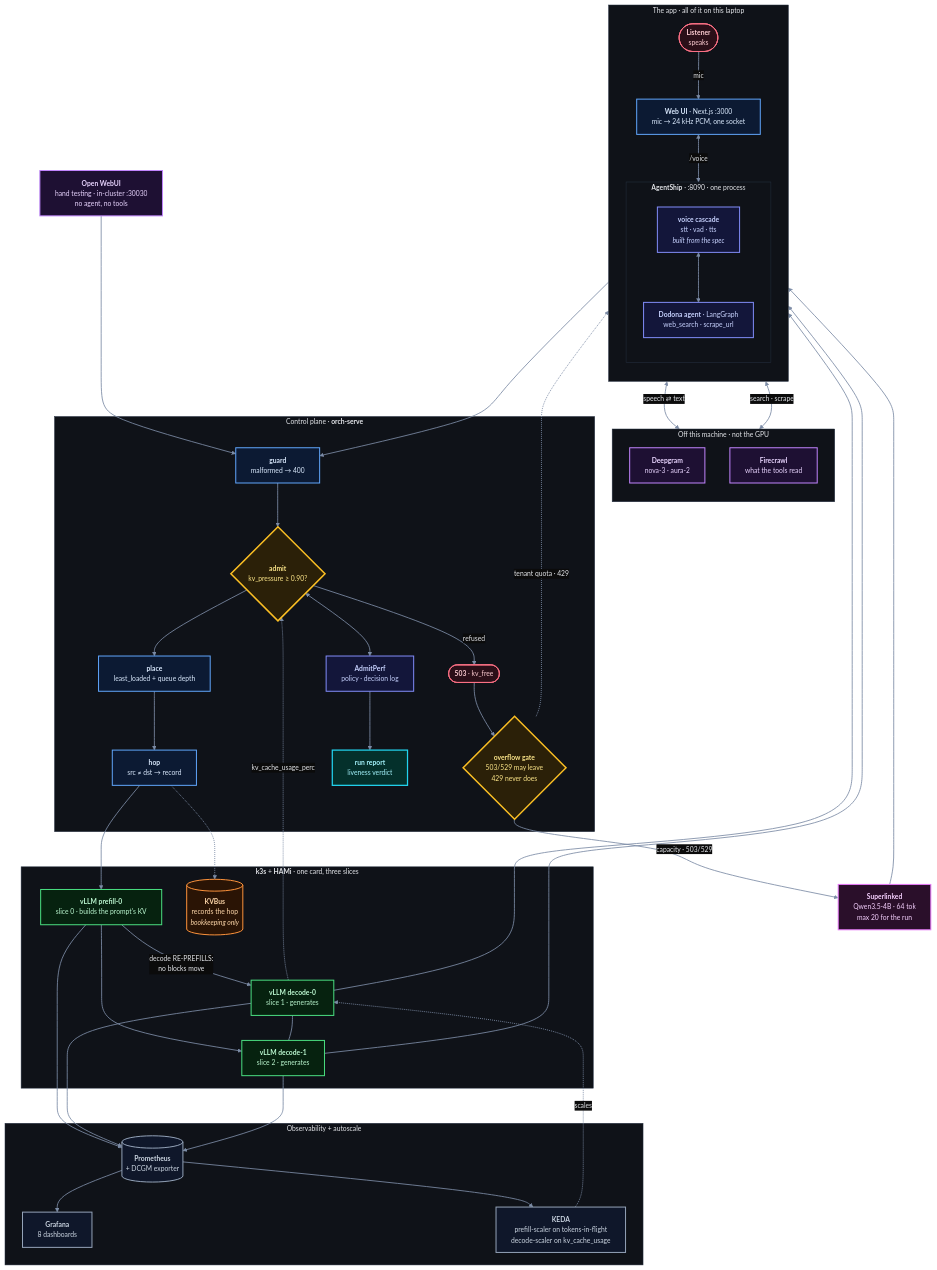
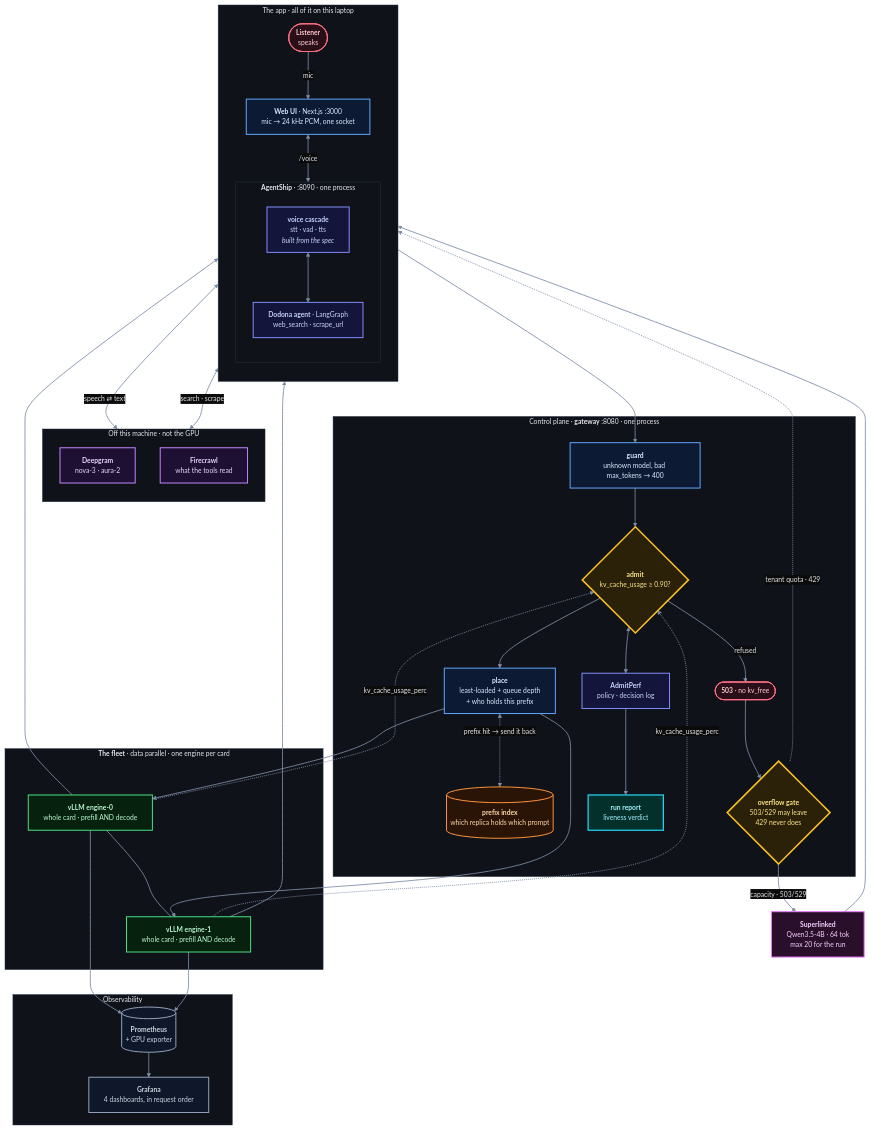
One commit to harshuljain13/Dodona changed the diagram in README.md. Above: the diagram before and after it, drawn with Mermaid. The commit also changed other lines of this file, not shown here.

```diff
--- a/README.md
+++ b/README.md
@@ -69,45 +65,36 @@
     VC <-->|"speech ⇄ text"| DG
     AG <-->|"search · scrape"| WB
 
-    UI["<b>Open WebUI</b><br/>hand testing · in-cluster :30030<br/>no agent, no tools"]
-
-    subgraph GW["Control plane · <b>orch-serve</b>"]
-      GD["<b>guard</b><br/>malformed → 400"]
-      AD{"<b>admit</b><br/>kv_pressure ≥ 0.90?"}
-      PL["<b>place</b><br/>least_loaded + queue depth"]
-      HP["<b>hop</b><br/>src ≠ dst → record"]
-      GD --> AD --> PL --> HP
+    subgraph GW["Control plane · <b>gateway</b> :8080 · one process"]
+      GD["<b>guard</b><br/>unknown model, bad max_tokens → 400"]
+      AD{"<b>admit</b><br/>kv_cache_usage ≥ 0.90?"}
+      PL["<b>place</b><br/>least-loaded + queue depth<br/>+ who holds this prefix"]
+      GD --> AD --> PL
       AP["<b>AdmitPerf</b><br/>policy · decision log"]
-      RF(["<b>503</b> · kv_free"])
+      IX[("<b>prefix index</b><br/>which replica holds which prompt")]
+      RF(["<b>503</b> · no kv_free"])
       OV{"<b>overflow gate</b><br/>503/529 may leave<br/>429 never does"}
       RP["<b>run report</b><br/>liveness verdict"]
     end
 
-
-    subgraph K8S["<b>k3s</b> + <b>HAMi</b> · one card, three slices"]
-      PF["<b>vLLM prefill-0</b><br/>slice 0 · builds the prompt's KV"]
-      D0["<b>vLLM decode-0</b><br/>slice 1 · generates"]
-      D1["<b>vLLM decode-1</b><br/>slice 2 · generates"]
-      PF -->|"decode RE-PREFILLS:<br/>no blocks move"| D0
-      PF --> D1
-      MC[("<b>KVBus</b><br/>records the hop<br/><i>bookkeeping only</i>")]
+    subgraph FLEET["<b>The fleet</b> · data parallel · one engine per card"]
+      D0["<b>vLLM engine-0</b><br/>whole card · prefill AND decode"]
+      D1["<b>vLLM engine-1</b><br/>whole card · prefill AND decode"]
       D0 ~~~ D1
     end
 
     SL["<b>Superlinked</b><br/>Qwen3.5-4B · 64 tok<br/>max 20 for the run"]
 
-    subgraph OPS["Observability + autoscale"]
-      PM[("<b>Prometheus</b><br/>+ DCGM exporter")]
-      GF["<b>Grafana</b><br/>8 dashboards"]
-      KD["<b>KEDA</b><br/>prefill-scaler on tokens-in-flight<br/>decode-scaler on kv_cache_usage"]
+    subgraph OPS["Observability"]
+      PM[("<b>Prometheus</b><br/>+ GPU exporter")]
+      GF["<b>Grafana</b><br/>4 dashboards, in request order"]
       PM --> GF
-      PM --> KD
     end
 
     AG --> GD
-    UI --> GD
-    HP --> PF
-    HP -.-> MC
+    PL --> D0
+    PL --> D1
+    PL <-.->|"prefix hit → send it back"| IX
     D0 --> AG
     D1 --> AG
     AD -->|"refused"| RF
@@ -118,21 +105,20 @@
     AD <--> AP
     AP --> RP
     D0 -.->|"kv_cache_usage_perc"| AD
-    PF --> PM
+    D1 -.->|"kv_cache_usage_perc"| AD
     D0 --> PM
     D1 --> PM
-    KD -.->|"scales"| D0
 
     class L,RF actor
-    class DG,WB,UI ext
-    class GD,PL,HP,WEB ours
+    class DG,WB ext
+    class GD,PL,WEB ours
     class AD gate
-    class PF,D0,D1 engine
-    class MC store
+    class D0,D1 engine
+    class IX store
     class AP,AG,VC lib
     class OV gate
     class SL overflow
-    class PM,GF,KD obs
+    class PM,GF obs
     class RP out
 
     classDef actor    fill:#2B0F18,stroke:#FB7185,stroke-width:2px,color:#FECDD3
```
